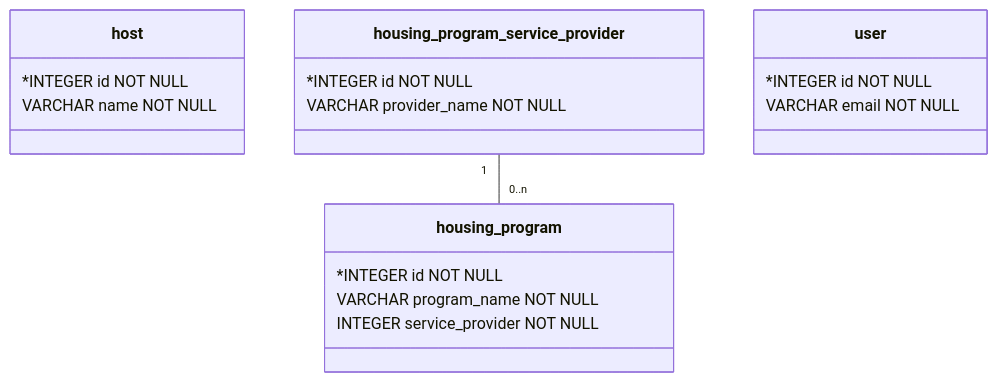
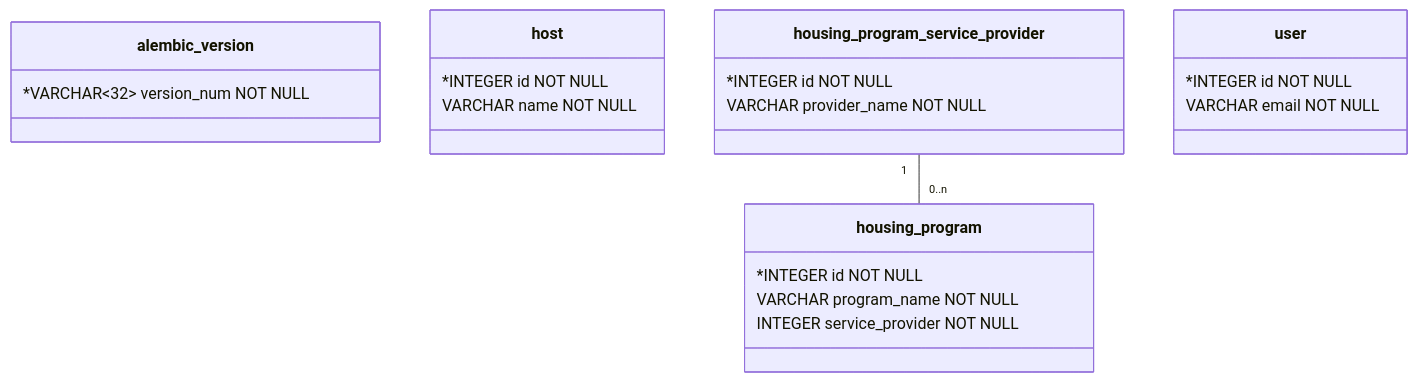
Before and after one commit to hackforla/HomeUniteUs: the diagram in api/openapi_server/models/README.md, drawn with Mermaid.

Commit message:
Update project ER Diagram to include missing db version number

````diff
--- a/api/openapi_server/models/README.md
+++ b/api/openapi_server/models/README.md
@@ -3,21 +3,24 @@
 ```mermaid
 classDiagram
+class alembic_version{
+   *VARCHAR<32> version_num NOT NULL
+}
 class host{
    *INTEGER id NOT NULL
    VARCHAR name NOT NULL
 }
 class housing_program{
    *INTEGER id NOT NULL
    VARCHAR program_name NOT NULL
    INTEGER service_provider NOT NULL
 }
 class housing_program_service_provider{
    *INTEGER id NOT NULL
    VARCHAR provider_name NOT NULL
 }
 class user{
    *INTEGER id NOT NULL
    VARCHAR email NOT NULL
 }
 housing_program_service_provider "1" -- "0..n" housing_program
 ```
````
